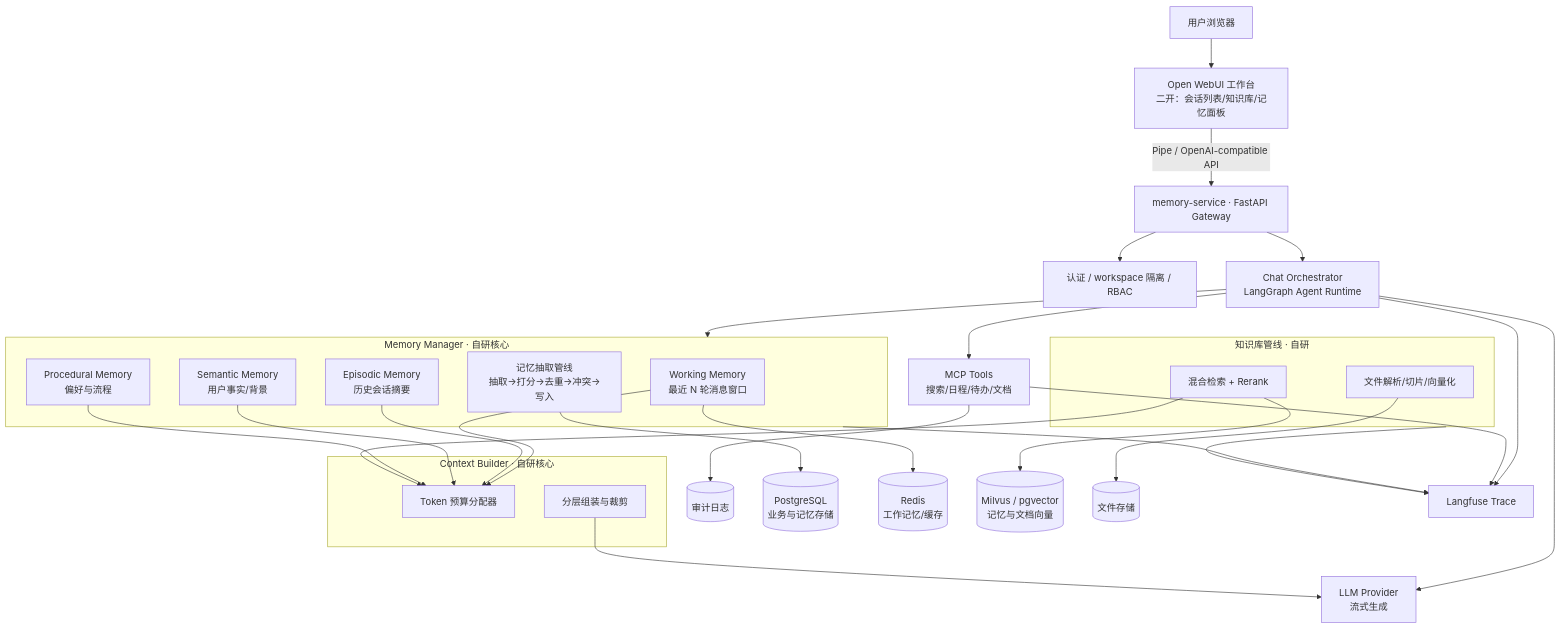
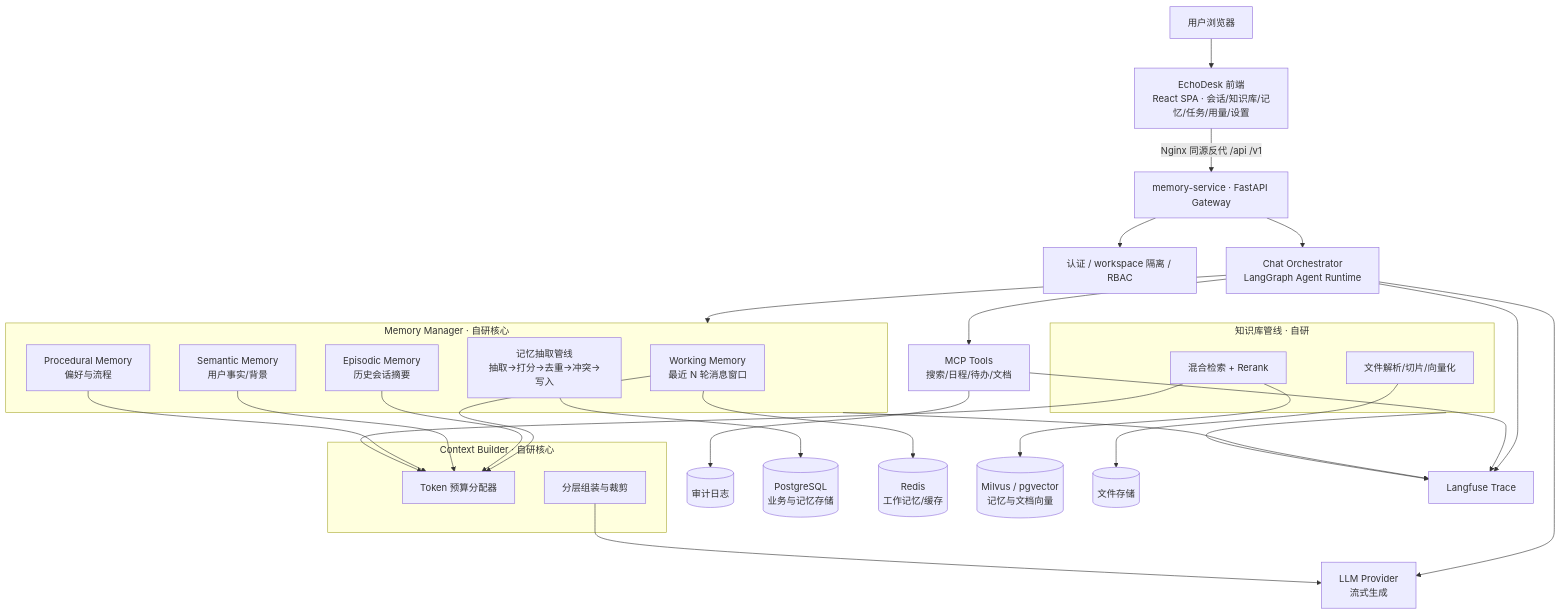
One commit to xiaoxin8635/ai-long-session-workbench changed the first of 2 diagrams in docs/01-项目开发内容与实现方案.md. Above: the diagram before and after it, drawn with Mermaid. The commit also changed other lines of this file and 11 other files, not shown here.

First line of the commit message:
feat: M-F6 部署切换——web 容器接管 3000 + Open WebUI/Pipe 退役（阶段2 收官）

````diff
--- a/docs/01-项目开发内容与实现方案.md
+++ b/docs/01-项目开发内容与实现方案.md
@@ -82,49 +84,49 @@
 ```mermaid
 flowchart TD
-    U[用户浏览器] --> UI[Open WebUI 工作台<br/>二开：会话列表/知识库/记忆面板]
+    U[用户浏览器] --> UI[EchoDesk 前端<br/>React SPA · 会话/知识库/记忆/任务/用量/设置]
 
-    UI -->|Pipe / OpenAI-compatible API| GW[memory-service · FastAPI Gateway]
+    UI -->|Nginx 同源反代 /api /v1| GW[memory-service · FastAPI Gateway]
     GW --> AUTH[认证 / workspace 隔离 / RBAC]
 
     GW --> CHAT[Chat Orchestrator<br/>LangGraph Agent Runtime]
 
     subgraph MEMORY[Memory Manager · 自研核心]
         WORK[Working Memory<br/>最近 N 轮消息窗口]
         EPI[Episodic Memory<br/>历史会话摘要]
         SEM[Semantic Memory<br/>用户事实/背景]
         PROC[Procedural Memory<br/>偏好与流程]
         PIPE[记忆抽取管线<br/>抽取→打分→去重→冲突→写入]
     end
 
     subgraph CTX[Context Builder · 自研核心]
         BUDGET[Token 预算分配器]
         ASSEMBLE[分层组装与裁剪]
     end
 
     CHAT --> MEMORY
     WORK --> BUDGET
     EPI --> BUDGET
     SEM --> BUDGET
     PROC --> BUDGET
 
     subgraph RAG[知识库管线 · 自研]
         ING[文件解析/切片/向量化]
         RET[混合检索 + Rerank]
     end
     RET --> BUDGET
 
     CHAT --> LLM[LLM Provider<br/>流式生成]
     CHAT --> TOOL[MCP Tools<br/>搜索/日程/待办/文档]
     TOOL --> AUDIT[(审计日志)]
     ASSEMBLE --> LLM
 
     PIPE --> PG[(PostgreSQL<br/>业务与记忆存储)]
     WORK --> REDIS[(Redis<br/>工作记忆/缓存)]
     RET --> VDB[(Milvus / pgvector<br/>记忆与文档向量)]
     ING --> OSS[(文件存储)]
 
     CHAT --> LF[Langfuse Trace]
     MEMORY --> LF
     RAG --> LF
     TOOL --> LF
 ```
````
